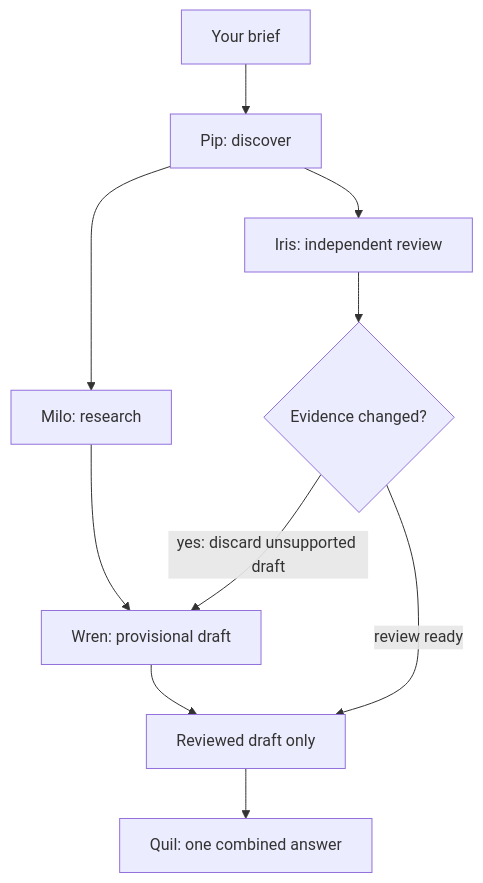
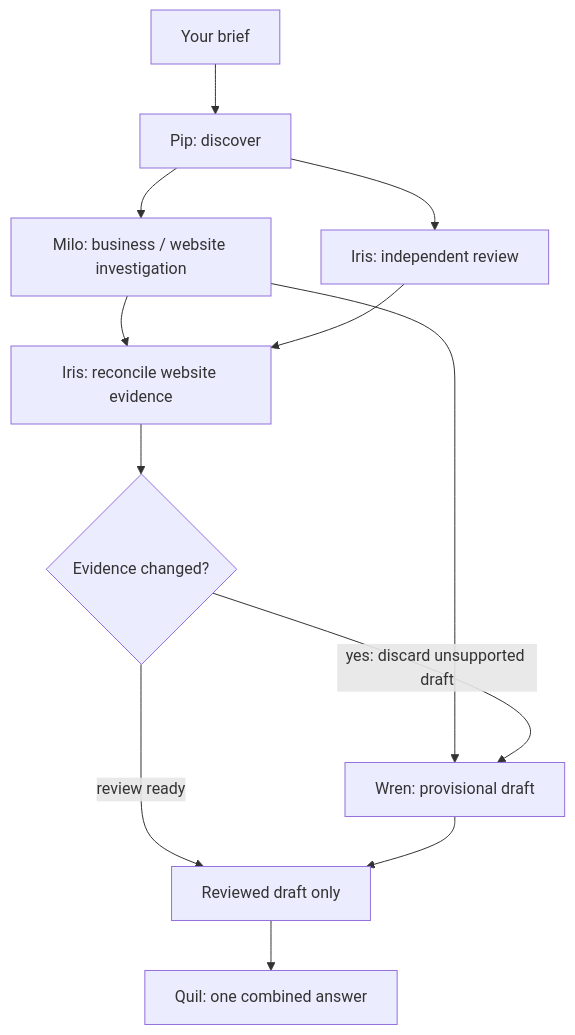
Before and after one commit to ELLA0VICTOR/quil: the diagram in README.md, drawn with Mermaid. The commit also changed other lines of this file and 31 other files, not shown here.

````diff
--- a/README.md
+++ b/README.md
@@ -62,12 +64,14 @@
 ```mermaid
 flowchart TD
   Brief[Your brief] --> Pip[Pip: discover]
-  Pip --> Milo[Milo: research]
+  Pip --> Milo[Milo: business / website investigation]
   Pip --> Iris[Iris: independent review]
+  Milo --> Recheck[Iris: reconcile website evidence]
+  Iris --> Recheck
   Milo --> Wren[Wren: provisional draft]
-  Iris --> Review{Evidence changed?}
+  Recheck --> Review{Evidence changed?}
   Review -->|yes: discard unsupported draft| Wren
   Review -->|review ready| Join[Reviewed draft only]
   Wren --> Join
   Join --> Quil[Quil: one combined answer]
 ```
````
